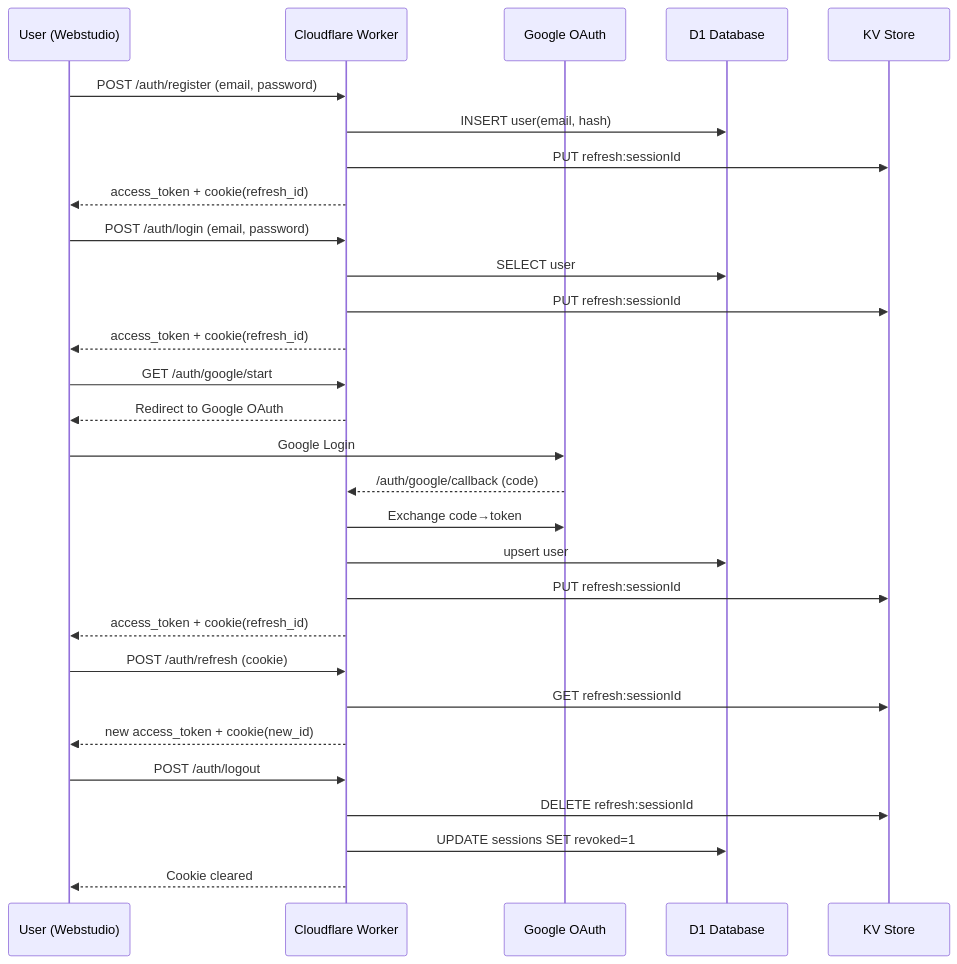
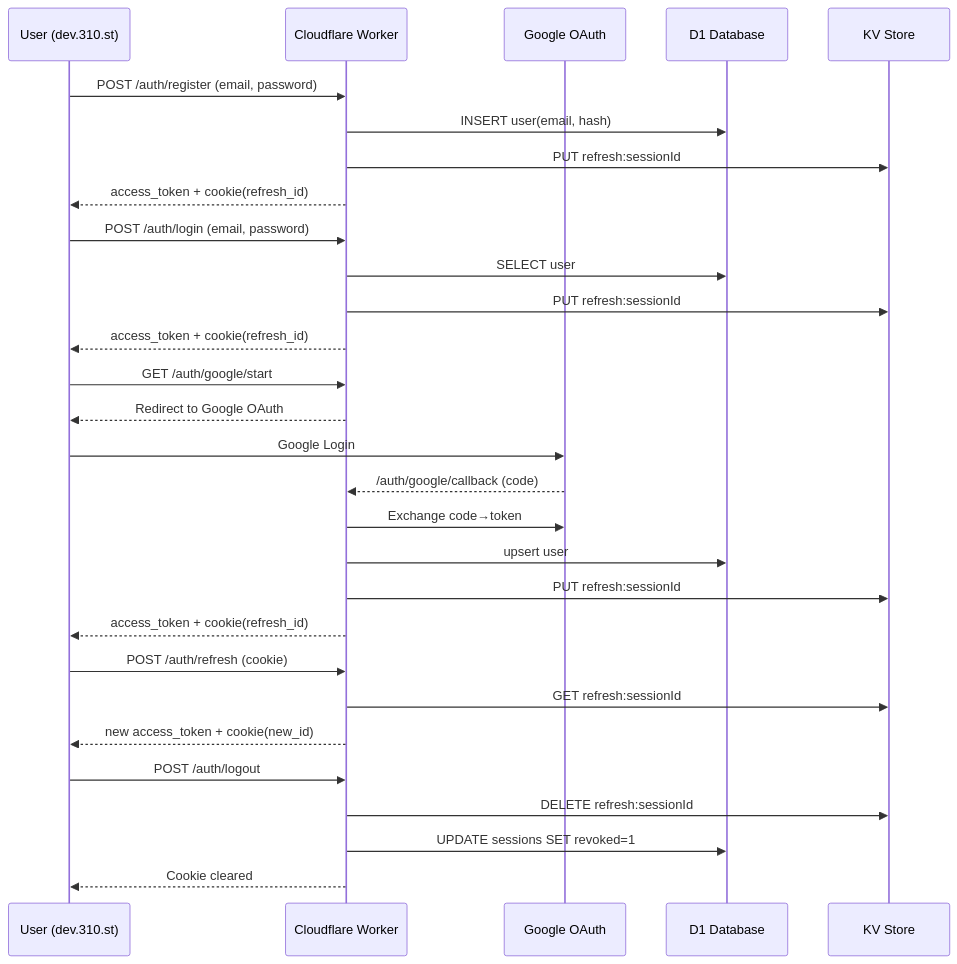
One commit to admin310st/301 changed the first of 4 diagrams in wiki/Security.md. Above: the diagram before and after it, drawn with Mermaid. The commit also changed other lines of this file, not shown here.

````diff
--- a/wiki/Security.md
+++ b/wiki/Security.md
@@ -214,36 +327,36 @@
 ```mermaid
 sequenceDiagram
-    participant U as User (Webstudio)
+    participant U as User (dev.310.st) 
     participant W as Cloudflare Worker
     participant G as Google OAuth
     participant D as D1 Database
     participant K as KV Store
 
     U->>W: POST /auth/register (email, password)
     W->>D: INSERT user(email, hash)
     W->>K: PUT refresh:sessionId
     W-->>U: access_token + cookie(refresh_id)
 
     U->>W: POST /auth/login (email, password)
     W->>D: SELECT user
     W->>K: PUT refresh:sessionId
     W-->>U: access_token + cookie(refresh_id)
 
     U->>W: GET /auth/google/start
     W-->>U: Redirect to Google OAuth
     U->>G: Google Login
     G-->>W: /auth/google/callback (code)
     W->>G: Exchange code→token
     W->>D: upsert user
     W->>K: PUT refresh:sessionId
     W-->>U: access_token + cookie(refresh_id)
 
     U->>W: POST /auth/refresh (cookie)
     W->>K: GET refresh:sessionId
     W-->>U: new access_token + cookie(new_id)
 
     U->>W: POST /auth/logout
     W->>K: DELETE refresh:sessionId
     W->>D: UPDATE sessions SET revoked=1
     W-->>U: Cookie cleared
 ```
````
